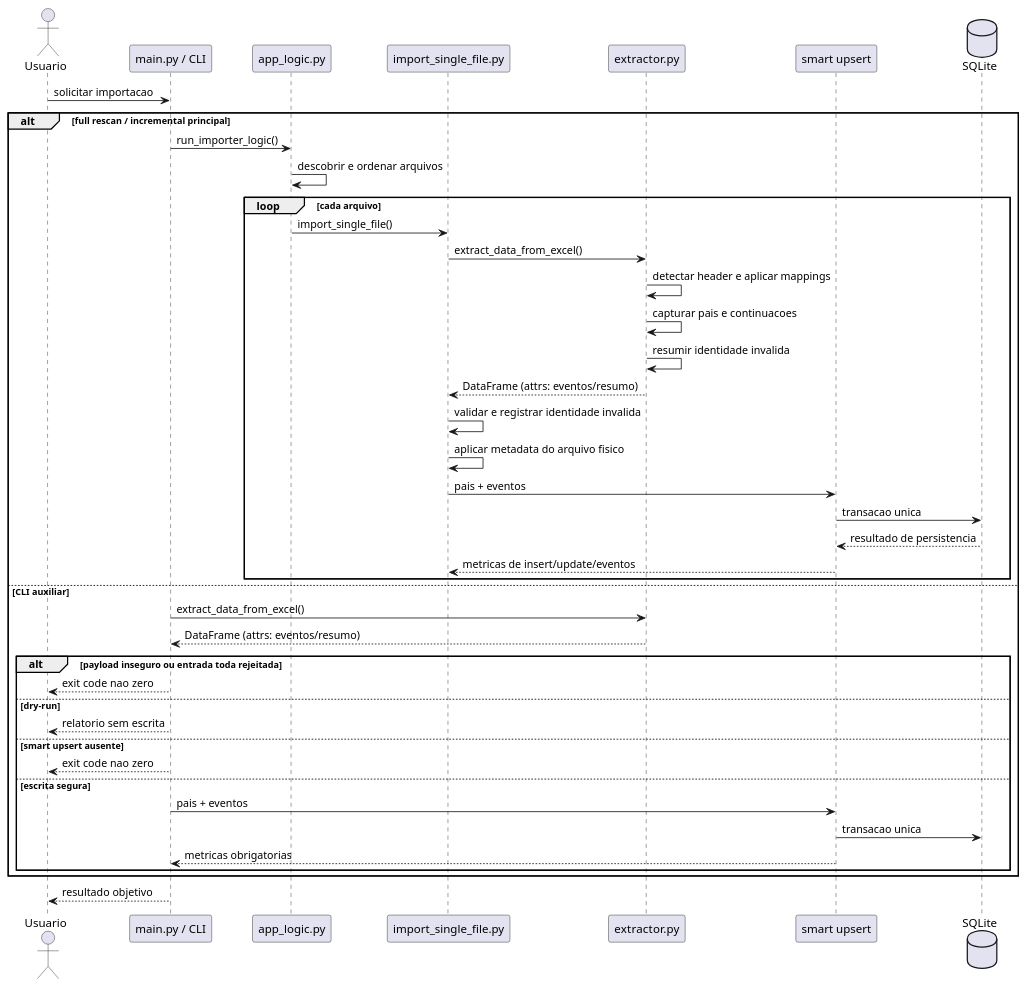
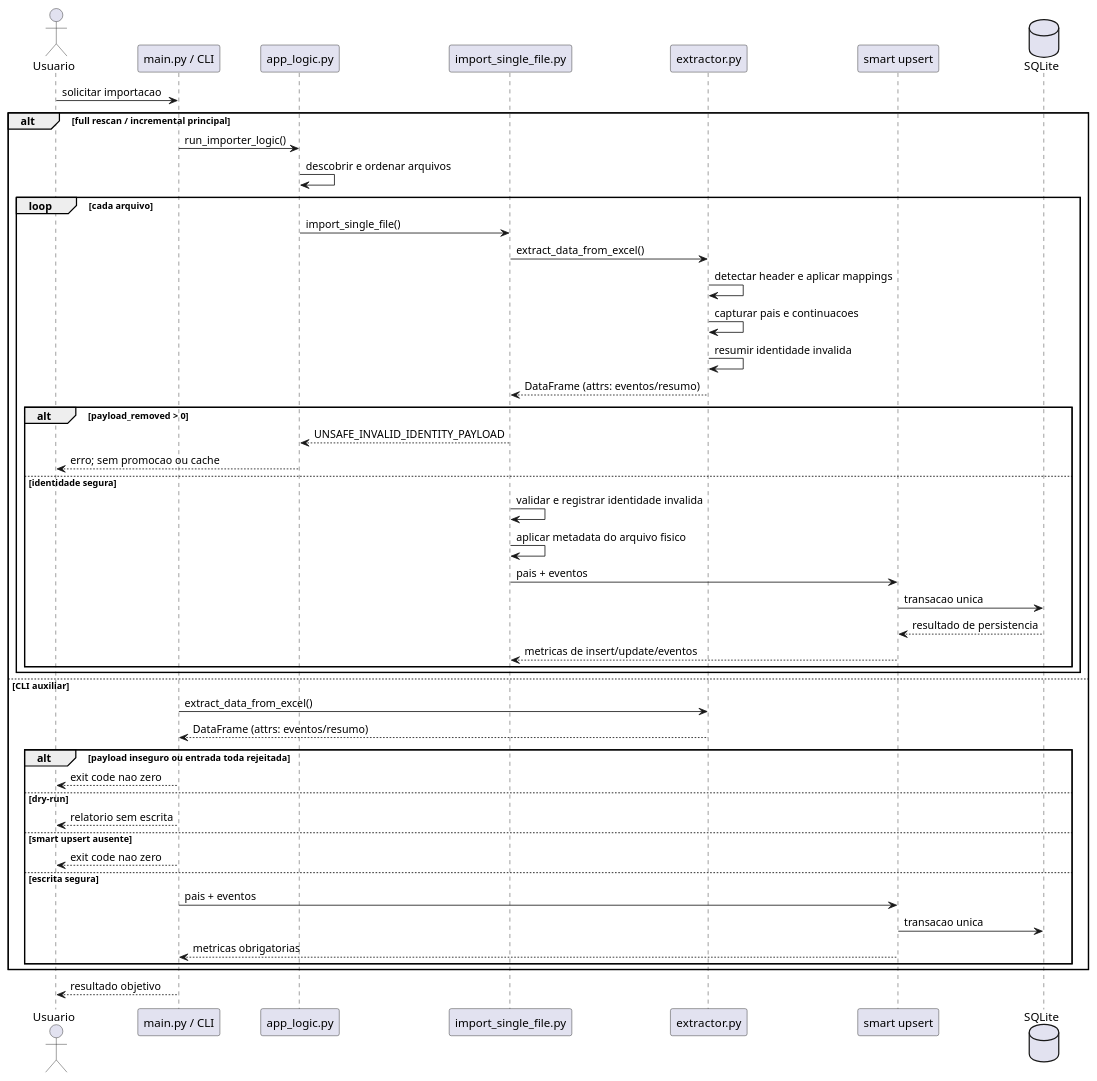
The diagram in docs/diagrams/fluxo_sequencia_importacao.puml (mauriciomenon/SSA_Consulta_Rapida), drawn with PlantUML before and after one commit. The commit also changed 4 other files, not shown here.

Commit message:
DOC_SYNC: document core unsafe payload blocker

```diff
--- a/docs/diagrams/fluxo_sequencia_importacao.puml
+++ b/docs/diagrams/fluxo_sequencia_importacao.puml
@@ -1,48 +1,53 @@
 @startuml Fluxo_Importacao_Sequencia
 
 actor Usuario
 participant "main.py / CLI" as ENTRY
 participant "app_logic.py" as APP
 participant "import_single_file.py" as IMPORT
 participant "extractor.py" as EXTRACT
 participant "smart upsert" as UPSERT
 database "SQLite" as DB
 
 Usuario -> ENTRY : solicitar importacao
 
 alt full rescan / incremental principal
     ENTRY -> APP : run_importer_logic()
     APP -> APP : descobrir e ordenar arquivos
     loop cada arquivo
         APP -> IMPORT : import_single_file()
         IMPORT -> EXTRACT : extract_data_from_excel()
         EXTRACT -> EXTRACT : detectar header e aplicar mappings
         EXTRACT -> EXTRACT : capturar pais e continuacoes
         EXTRACT -> EXTRACT : resumir identidade invalida
         EXTRACT --> IMPORT : DataFrame (attrs: eventos/resumo)
-        IMPORT -> IMPORT : validar e registrar identidade invalida
-        IMPORT -> IMPORT : aplicar metadata do arquivo fisico
-        IMPORT -> UPSERT : pais + eventos
-        UPSERT -> DB : transacao unica
-        DB --> UPSERT : resultado de persistencia
-        UPSERT --> IMPORT : metricas de insert/update/eventos
+        alt payload_removed > 0
+            IMPORT --> APP : UNSAFE_INVALID_IDENTITY_PAYLOAD
+            APP --> Usuario : erro; sem promocao ou cache
+        else identidade segura
+            IMPORT -> IMPORT : validar e registrar identidade invalida
+            IMPORT -> IMPORT : aplicar metadata do arquivo fisico
+            IMPORT -> UPSERT : pais + eventos
+            UPSERT -> DB : transacao unica
+            DB --> UPSERT : resultado de persistencia
+            UPSERT --> IMPORT : metricas de insert/update/eventos
+        end
     end
 else CLI auxiliar
     ENTRY -> EXTRACT : extract_data_from_excel()
     EXTRACT --> ENTRY : DataFrame (attrs: eventos/resumo)
     alt payload inseguro ou entrada toda rejeitada
         ENTRY --> Usuario : exit code nao zero
     else dry-run
         ENTRY --> Usuario : relatorio sem escrita
     else smart upsert ausente
         ENTRY --> Usuario : exit code nao zero
     else escrita segura
         ENTRY -> UPSERT : pais + eventos
         UPSERT -> DB : transacao unica
         UPSERT --> ENTRY : metricas obrigatorias
     end
 end
 
 ENTRY --> Usuario : resultado objetivo
 
 @enduml
```
